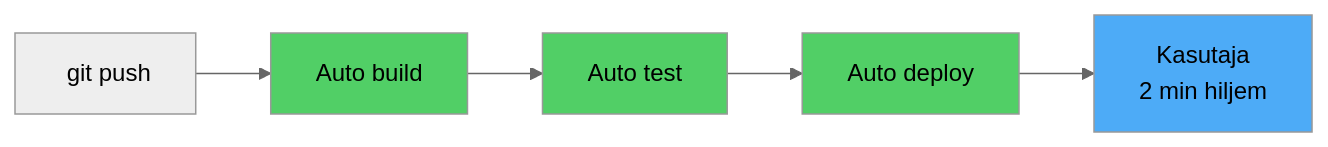
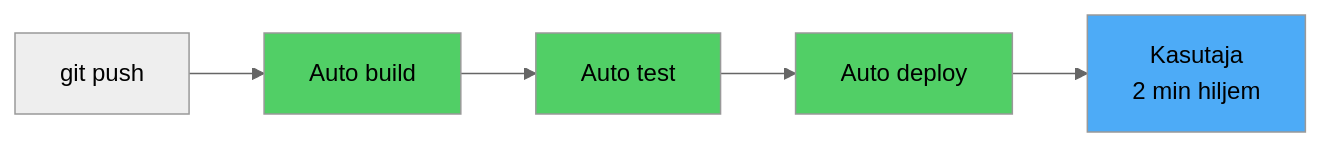
The second of 11 diagrams in docs/ci_cd/loeng.md (mtalvik/automatiseerimine_ext), drawn with Mermaid (neutral theme) before and after one commit. The commit also changed other lines of this file and 140 other files, not shown here.

````diff
--- a/docs/ci_cd/loeng.md
+++ b/docs/ci_cd/loeng.md
@@ -42,12 +43,12 @@
 ```mermaid
 graph LR
-    A[‍ git push] --> B[ Auto build]
-    B --> C[ Auto test]
-    C --> D[ Auto deploy]
-    D --> E[ Kasutaja<br/>2 min hiljem]
+    A[git push] --> B[Auto build]
+    B --> C[Auto test]
+    C --> D[Auto deploy]
+    D --> E[Kasutaja<br/>2 min hiljem]
     
     style B fill:#51cf66
     style C fill:#51cf66
     style D fill:#51cf66
     style E fill:#4dabf7
 ```
````
